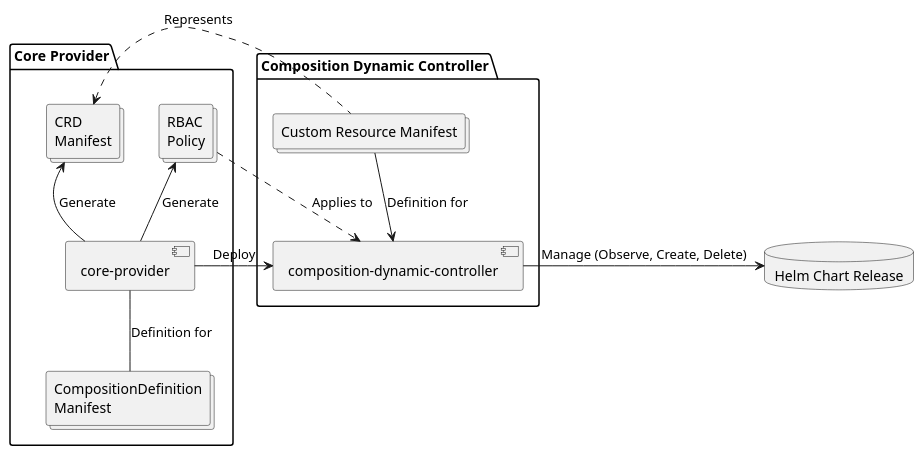
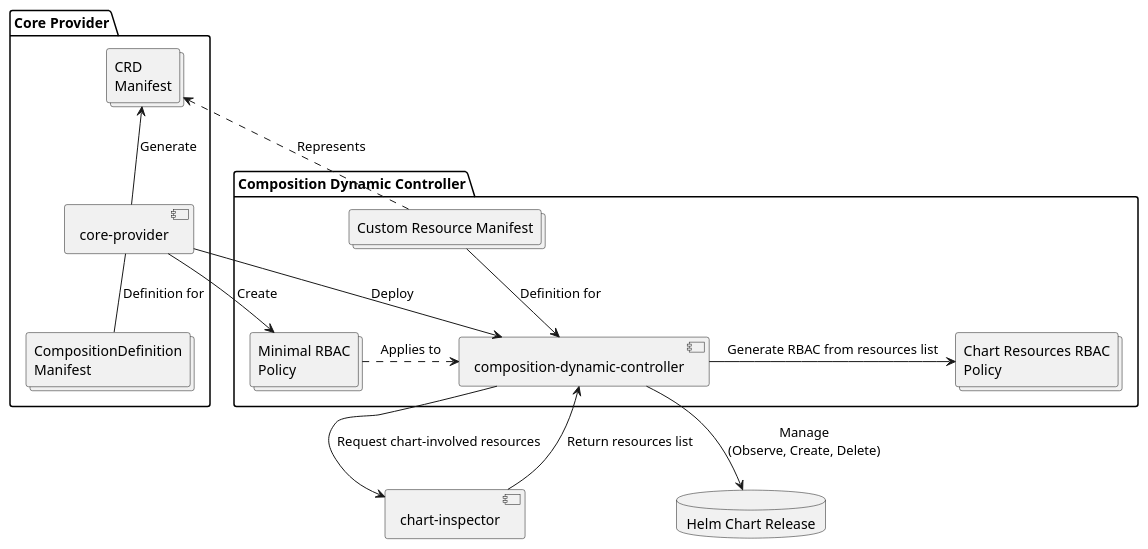
The diagram in _diagrams/core-provider.puml (krateoplatformops/core-provider), drawn with PlantUML before and after one commit. The commit also changed 9 other files, not shown here.

First line of the commit message:
KRA-252 - Add example.md with core-provider usage sample and minor bug fixing (#145)

```diff
--- a/_diagrams/core-provider.puml
+++ b/_diagrams/core-provider.puml
@@ -1,28 +1,35 @@
 @startuml core-provider
 
-package "Core Provider"{
+package "Core Provider" {
    component "core-provider" as provider
    collections "CompositionDefinition\nManifest" as compositiondefinition
    collections "CRD\nManifest" as crd
-   collections "RBAC\nPolicy" as rbac
 }
 
 package "Composition Dynamic Controller" {
    component "composition-dynamic-controller" as cdc
    collections "Custom Resource Manifest" as cr
+   collections "Minimal RBAC\nPolicy" as rbac
+   collections "Chart Resources RBAC\nPolicy" as rbacgenerated
 }
+
+component "chart-inspector" as chartinspector
 
 database "Helm Chart Release" as er
 
-
 provider -d- compositiondefinition : Definition for
 provider -u-> crd : Generate
-provider -u-> rbac: Generate
+provider -d-> rbac : Create
 provider -r-> cdc : Deploy
 
 cdc <-u- cr : Definition for
-cdc -r-> er : Manage (Observe, Create, Delete)
+cdc -d-> er : Manage\n(Observe, Create, Delete)
+cdc -d-> chartinspector : Request chart-involved resources
+chartinspector -u-> cdc : Return resources list
+
+cdc -r-> rbacgenerated : Generate RBAC from resources list
 
 crd <.r. cr : Represents
 rbac .r.> cdc : Applies to
-@enduml 
+
+@enduml
```
